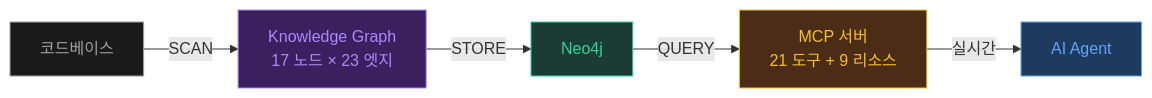
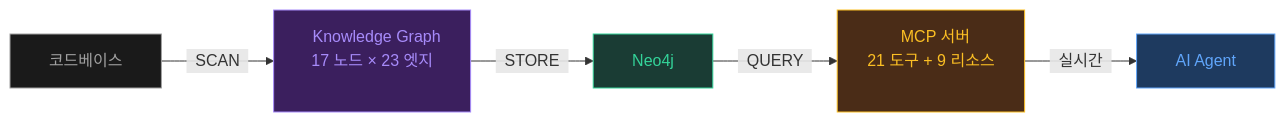
The first of 2 diagrams in site/implementation/index.md (kinkos1234/sos), drawn with Mermaid before and after one commit. The commit also changed other lines of this file and 9 other files, not shown here.

Commit message:
style: perfect mermaid edge labels, optimize typography, fix dark mode bugs

````diff
--- a/site/implementation/index.md
+++ b/site/implementation/index.md
@@ -24,13 +24,13 @@
 ```mermaid
 graph LR
-    CODE["코드베이스"] -->|SCAN| KG["Knowledge Graph<br/>17 노드 × 23 엣지"]
-    KG -->|STORE| NEO["Neo4j"]
-    NEO -->|QUERY| MCP["MCP 서버<br/>21 도구 + 9 리소스"]
-    MCP -->|실시간| AI["AI Agent"]
+    CODE["&nbsp;&nbsp;코드베이스&nbsp;&nbsp;"] -->|"&nbsp;&nbsp;SCAN&nbsp;&nbsp;"| KG["&nbsp;&nbsp;Knowledge Graph<br/>17 노드 × 23 엣지<br/>&nbsp;&nbsp;&nbsp;"]
+    KG -->|"&nbsp;&nbsp;STORE&nbsp;&nbsp;"| NEO["&nbsp;&nbsp;Neo4j&nbsp;&nbsp;"]
+    NEO -->|"&nbsp;&nbsp;QUERY&nbsp;&nbsp;"| MCP["&nbsp;&nbsp;MCP 서버<br/>21 도구 + 9 리소스<br/>&nbsp;&nbsp;&nbsp;"]
+    MCP -->|"&nbsp;&nbsp;실시간&nbsp;&nbsp;"| AI["&nbsp;&nbsp;AI Agent&nbsp;&nbsp;"]
 
     style CODE fill:#1a1a1a,stroke:#a0a0a0,color:#a0a0a0
     style KG fill:#3b1f5e,stroke:#a78bfa,color:#a78bfa
     style NEO fill:#1a3c34,stroke:#34d399,color:#34d399
     style MCP fill:#4a2c17,stroke:#fbbf24,color:#fbbf24
     style AI fill:#1e3a5f,stroke:#60a5fa,color:#60a5fa
 ```
````
